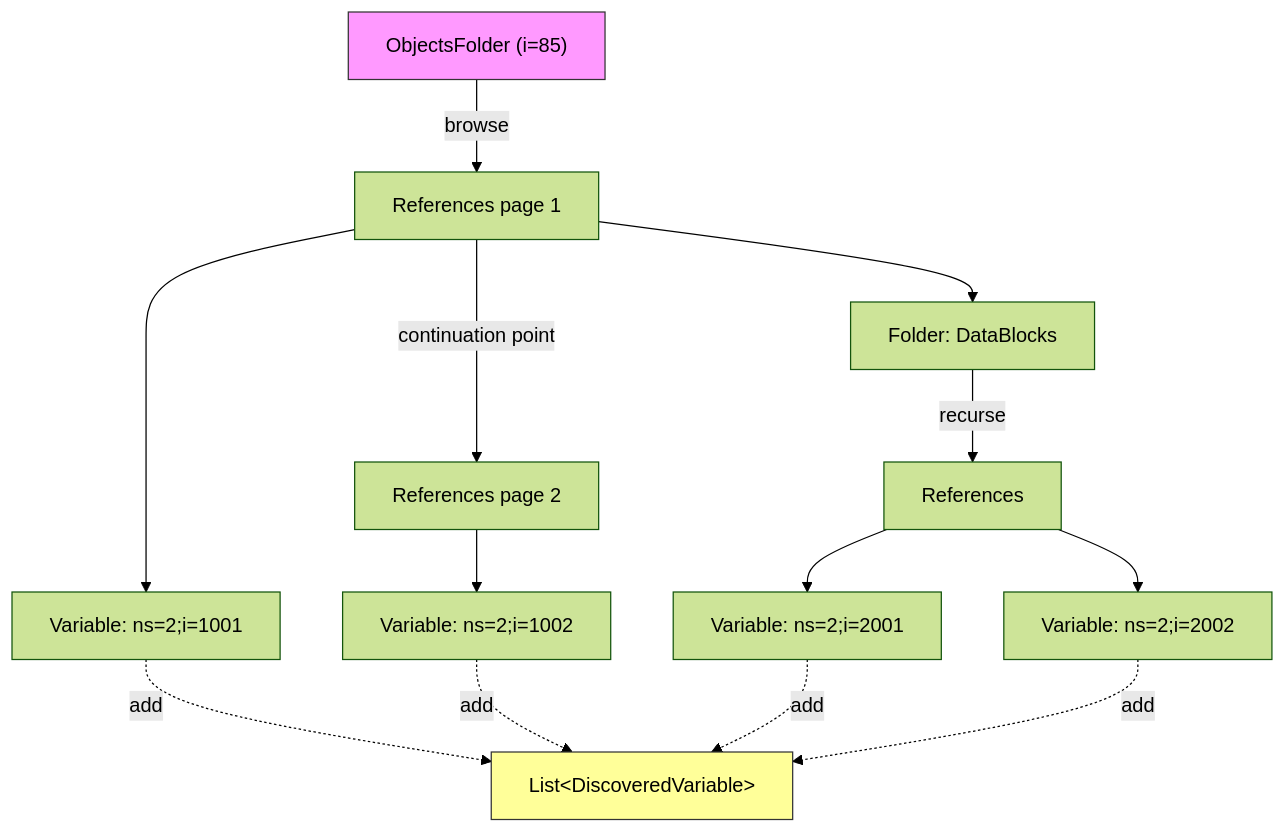
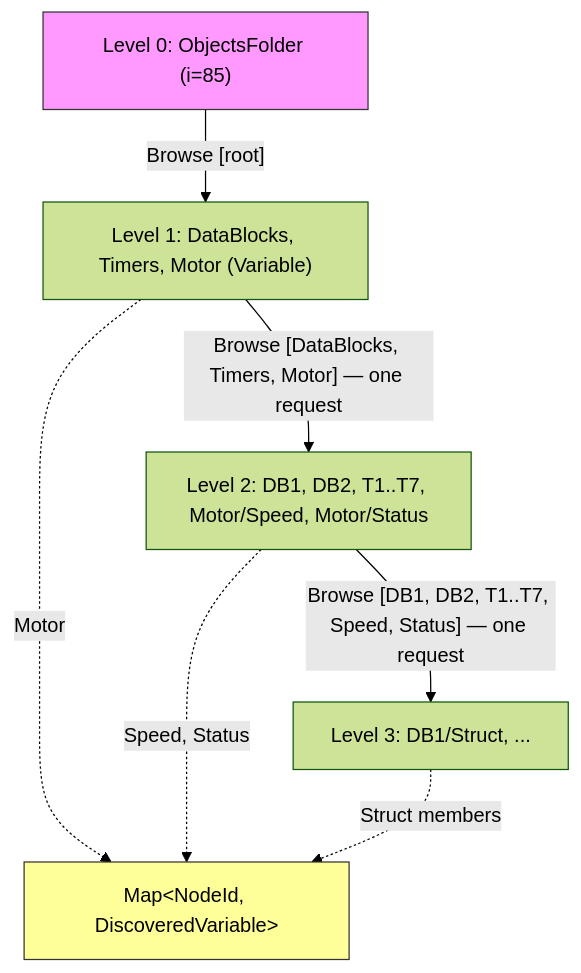
Before and after one commit to hivemq/hivemq-edge: the second of 5 diagrams in modules/hivemq-edge-module-opcua/src/main/java/com/hivemq/edge/adapters/opcua/browse/OpcUaNodeBrowser.md, drawn with Mermaid (forest theme). The commit also changed other lines of this file and 22 other files, not shown here.

First line of the commit message:
EDG-1034 Houston: size OPC UA reads/browses to the server's operation limits, browse Variable children (#1759)

````diff
--- a/modules/hivemq-edge-module-opcua/src/main/java/com/hivemq/edge/adapters/opcua/browse/OpcUaNodeBrowser.md
+++ b/modules/hivemq-edge-module-opcua/src/main/java/com/hivemq/edge/adapters/opcua/browse/OpcUaNodeBrowser.md
@@ -41,19 +94,13 @@
 ```mermaid
 flowchart TD
-    Root["ObjectsFolder (i=85)"] -->|browse| R1["References page 1"]
-    R1 -->|continuation point| R2["References page 2"]
-    R1 --> Var1["Variable: ns=2;i=1001"]
-    R1 --> Folder1["Folder: DataBlocks"]
-    R2 --> Var2["Variable: ns=2;i=1002"]
-    Folder1 -->|recurse| F1R["References"]
-    F1R --> Var3["Variable: ns=2;i=2001"]
-    F1R --> Var4["Variable: ns=2;i=2002"]
+    Root["Level 0: ObjectsFolder (i=85)"] -->|"Browse [root]"| L1["Level 1: DataBlocks, Timers, Motor (Variable)"]
+    L1 -->|"Browse [DataBlocks, Timers, Motor] — one request"| L2["Level 2: DB1, DB2, T1..T7, Motor/Speed, Motor/Status"]
+    L2 -->|"Browse [DB1, DB2, T1..T7, Speed, Status] — one request"| L3["Level 3: DB1/Struct, ..."]
 
-    Var1 -.->|add| VList["List&lt;DiscoveredVariable&gt;"]
-    Var2 -.->|add| VList
-    Var3 -.->|add| VList
-    Var4 -.->|add| VList
+    L1 -.->|"Motor"| VMap["Map&lt;NodeId, DiscoveredVariable&gt;"]
+    L2 -.->|"Speed, Status"| VMap
+    L3 -.->|"Struct members"| VMap
 
     style Root fill:#f9f,stroke:#333
-    style VList fill:#ff9,stroke:#333
+    style VMap fill:#ff9,stroke:#333
 ```
````
